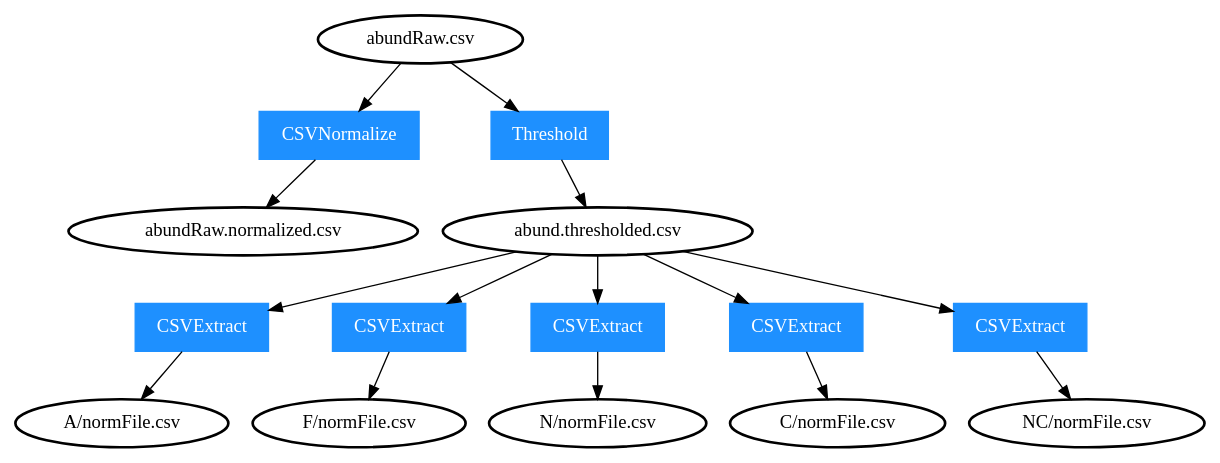
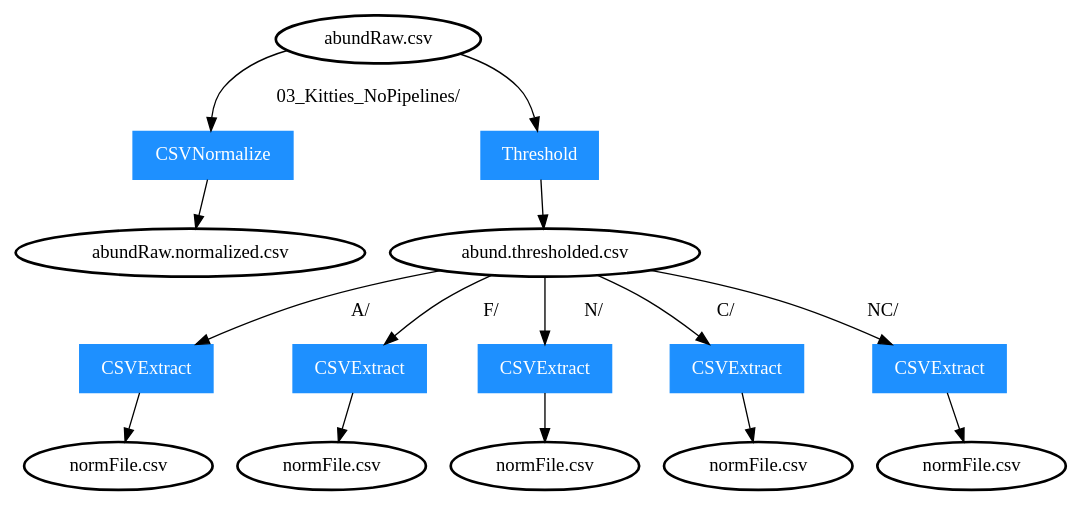
One commit to movingpictures83/PipeViz changed the diagram in 03_Kitties_NoPipelines/expected.dot. Above: the diagram before and after it, drawn with Graphviz. The commit also changed 1 other file, not shown here.

Commit message:
Update expected for kitties tests

```diff
--- a/03_Kitties_NoPipelines/expected.dot
+++ b/03_Kitties_NoPipelines/expected.dot
@@ -1,17 +1,38 @@
 digraph G {
 	node [style=bold];
-	"abundRaw.csv"->"0"->"abundRaw.normalized.csv";
-	"abundRaw.csv"->"1"->"abund.thresholded.csv";
-	"abund.thresholded.csv"->"2"->"A/normFile.csv";
-	"abund.thresholded.csv"->"3"->"F/normFile.csv";
-	"abund.thresholded.csv"->"4"->"N/normFile.csv";
-	"abund.thresholded.csv"->"5"->"C/normFile.csv";
-	"abund.thresholded.csv"->"6"->"NC/normFile.csv";
+	"03_Kitties_NoPipelines/abundRaw.csv"->"0" [label = "	03_Kitties_NoPipelines/	"];
+	"0"->"03_Kitties_NoPipelines/abundRaw.normalized.csv";
+	"03_Kitties_NoPipelines/abundRaw.csv" [label = "abundRaw.csv"];
+	"03_Kitties_NoPipelines/abundRaw.normalized.csv" [label = "abundRaw.normalized.csv"];
+	"03_Kitties_NoPipelines/abundRaw.csv"->"1";
+	"1"->"03_Kitties_NoPipelines/abund.thresholded.csv";
+	"03_Kitties_NoPipelines/abundRaw.csv" [label = "abundRaw.csv"];
+	"03_Kitties_NoPipelines/abund.thresholded.csv" [label = "abund.thresholded.csv"];
+	"03_Kitties_NoPipelines/abund.thresholded.csv"->"2" [label = "	A/	"];
+	"2"->"03_Kitties_NoPipelines/A/normFile.csv";
+	"03_Kitties_NoPipelines/abund.thresholded.csv" [label = "abund.thresholded.csv"];
+	"03_Kitties_NoPipelines/A/normFile.csv" [label = "normFile.csv"];
+	"03_Kitties_NoPipelines/abund.thresholded.csv"->"3" [label = "	F/	"];
+	"3"->"03_Kitties_NoPipelines/F/normFile.csv";
+	"03_Kitties_NoPipelines/abund.thresholded.csv" [label = "abund.thresholded.csv"];
+	"03_Kitties_NoPipelines/F/normFile.csv" [label = "normFile.csv"];
+	"03_Kitties_NoPipelines/abund.thresholded.csv"->"4" [label = "	N/	"];
+	"4"->"03_Kitties_NoPipelines/N/normFile.csv";
+	"03_Kitties_NoPipelines/abund.thresholded.csv" [label = "abund.thresholded.csv"];
+	"03_Kitties_NoPipelines/N/normFile.csv" [label = "normFile.csv"];
+	"03_Kitties_NoPipelines/abund.thresholded.csv"->"5" [label = "	C/	"];
+	"5"->"03_Kitties_NoPipelines/C/normFile.csv";
+	"03_Kitties_NoPipelines/abund.thresholded.csv" [label = "abund.thresholded.csv"];
+	"03_Kitties_NoPipelines/C/normFile.csv" [label = "normFile.csv"];
+	"03_Kitties_NoPipelines/abund.thresholded.csv"->"6" [label = "	NC/	"];
+	"6"->"03_Kitties_NoPipelines/NC/normFile.csv";
+	"03_Kitties_NoPipelines/abund.thresholded.csv" [label = "abund.thresholded.csv"];
+	"03_Kitties_NoPipelines/NC/normFile.csv" [label = "normFile.csv"];
 	"0" [label="CSVNormalize", shape=box, color=dodgerblue1, fontcolor=white, style=filled];
 	"1" [label="Threshold", shape=box, color=dodgerblue1, fontcolor=white, style=filled];
 	"2" [label="CSVExtract", shape=box, color=dodgerblue1, fontcolor=white, style=filled];
 	"3" [label="CSVExtract", shape=box, color=dodgerblue1, fontcolor=white, style=filled];
 	"4" [label="CSVExtract", shape=box, color=dodgerblue1, fontcolor=white, style=filled];
 	"5" [label="CSVExtract", shape=box, color=dodgerblue1, fontcolor=white, style=filled];
 	"6" [label="CSVExtract", shape=box, color=dodgerblue1, fontcolor=white, style=filled];
 }
```
